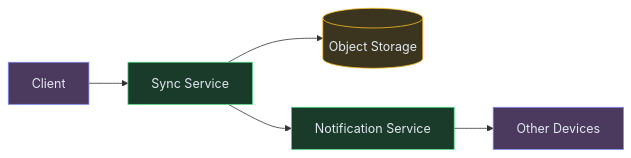
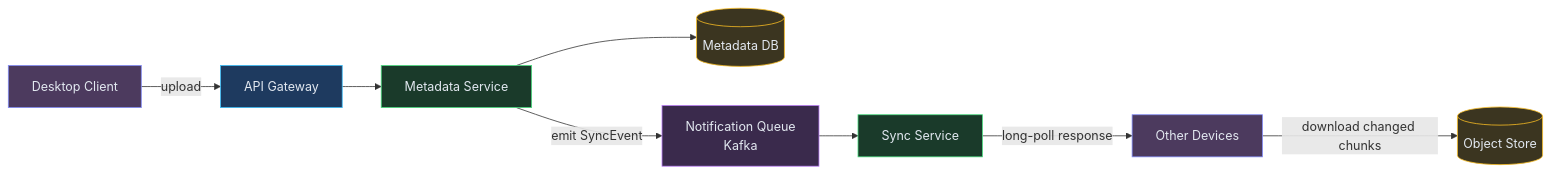
The third of 7 diagrams in content/hld/Dropbox.md (iluzn/HLD-Designs), drawn with Mermaid before and after one commit. The commit also changed other lines of this file and 26 other files, not shown here.

````diff
--- a/content/hld/Dropbox.md
+++ b/content/hld/Dropbox.md
@@ -118,17 +214,25 @@
 ```mermaid
 flowchart LR
-    CLIENT["Client"]:::client
-    API["Sync Service"]:::service
-    S3[("Object Storage")]:::data
-    NOTIFY["Notification Service"]:::service
-    OTHER["Other Devices"]:::client
+    CLIENT["Desktop Client"]:::client
+    API["API Gateway"]:::edge
+    META["Metadata Service"]:::service
+    METADB[("Metadata DB")]:::data
+    OBJSTORE[("Object Store")]:::data
+    SYNC["Sync Service"]:::service
+    QUEUE["Notification Queue<br/>Kafka"]:::async
+    CLIENT2["Other Devices"]:::client
 
-    CLIENT --> API
-    API --> S3
-    API --> NOTIFY
-    NOTIFY --> OTHER
+    CLIENT -->|"upload"| API
+    API --> META
+    META --> METADB
+    META -->|"emit SyncEvent"| QUEUE
+    QUEUE --> SYNC
+    SYNC -->|"long-poll response"| CLIENT2
+    CLIENT2 -->|"download changed chunks"| OBJSTORE
 
     classDef client fill:#4c3a5e,stroke:#818cf8,color:#e2e8f0
+    classDef edge fill:#1e3a5f,stroke:#38bdf8,color:#e2e8f0
     classDef service fill:#1a3a2a,stroke:#4ade80,color:#e2e8f0
     classDef data fill:#3b3520,stroke:#fbbf24,color:#e2e8f0
+    classDef async fill:#3a2a4c,stroke:#c084fc,color:#e2e8f0
 ```
````
